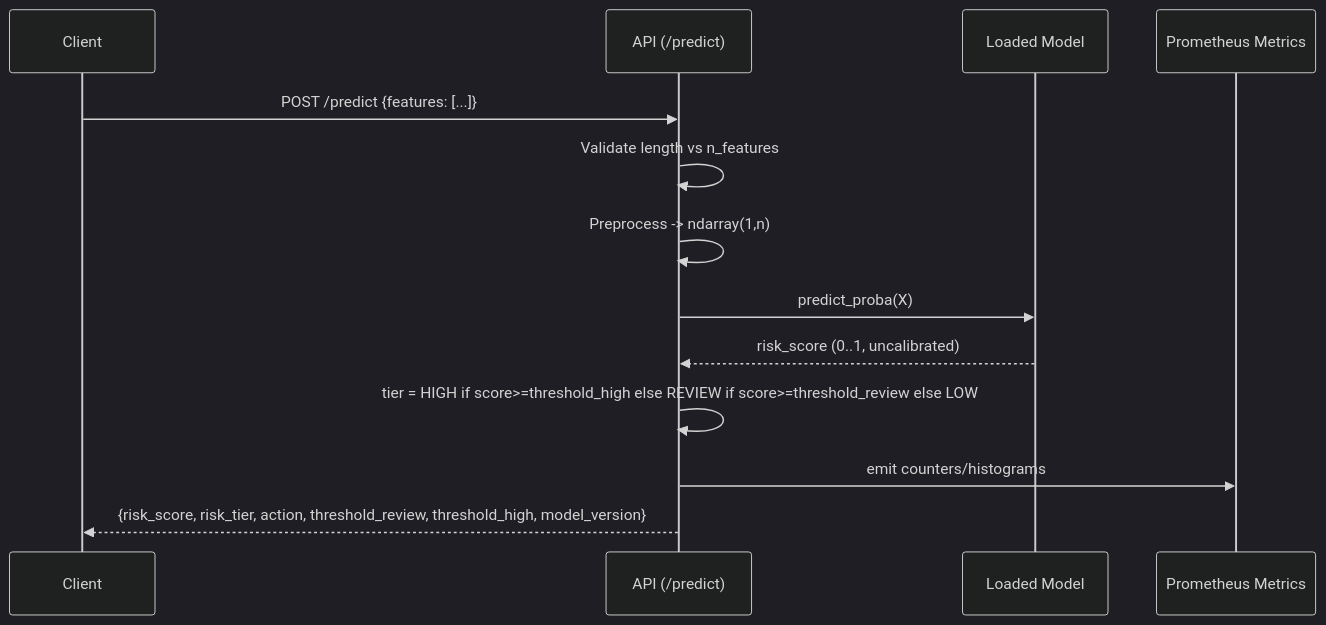
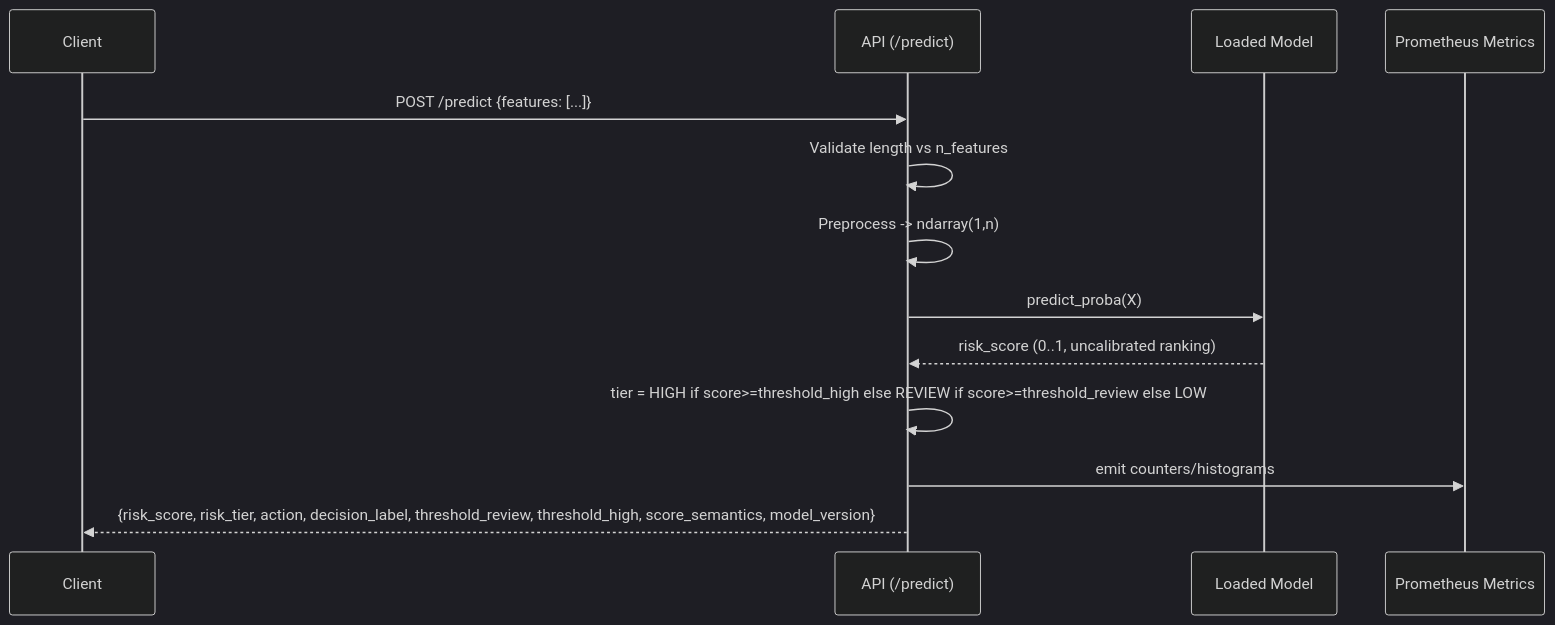
One commit to AnBinh1703/Final_Project_DMM501_Group1 changed the third of 5 diagrams in ARCHITECTURE.md. Above: the diagram before and after it, drawn with Mermaid (dark theme). The commit also changed other lines of this file and 35 other files, not shown here.

````diff
--- a/ARCHITECTURE.md
+++ b/ARCHITECTURE.md
@@ -56,16 +56,16 @@
 ```mermaid
 sequenceDiagram
   participant C as Client
   participant A as API (/predict)
   participant M as Loaded Model
   participant P as Prometheus Metrics
 
   C->>A: POST /predict {features: [...]}
   A->>A: Validate length vs n_features
   A->>A: Preprocess -> ndarray(1,n)
   A->>M: predict_proba(X)
-  M-->>A: risk_score (0..1, uncalibrated)
+  M-->>A: risk_score (0..1, uncalibrated ranking)
   A->>A: tier = HIGH if score>=threshold_high else REVIEW if score>=threshold_review else LOW
   A->>P: emit counters/histograms
-  A-->>C: {risk_score, risk_tier, action, threshold_review, threshold_high, model_version}
+  A-->>C: {risk_score, risk_tier, action, decision_label, threshold_review, threshold_high, score_semantics, model_version}
 ```
````
